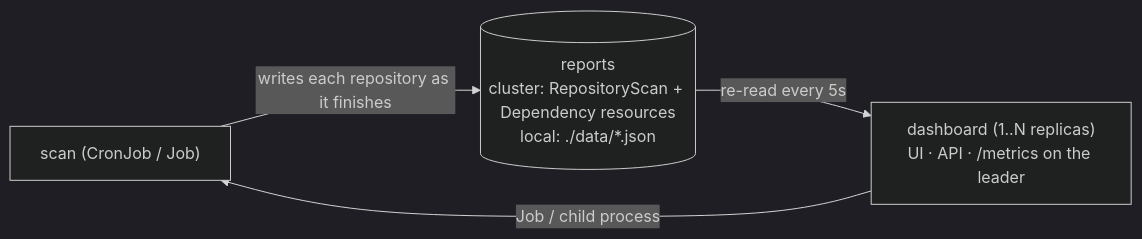
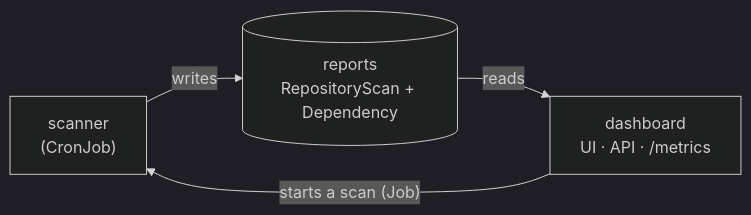
One commit to yuriy-kovalchuk/yk-update-checker changed the diagram in README.md. Above: the diagram before and after it, drawn with Mermaid (dark theme). The commit also changed other lines of this file and 29 other files, not shown here.

Commit message:
feat: generate CRDs from Go types and install via chart

````diff
--- a/README.md
+++ b/README.md
@@ -45,6 +9,6 @@
 ```mermaid
 flowchart LR
-    scan["scan (CronJob / Job)"] -->|"writes each repository as it finishes"| store[("reports<br/>cluster: RepositoryScan + Dependency resources<br/>local: ./data/*.json")]
-    store -->|"re-read every 5s"| dash["dashboard (1..N replicas)<br/>UI · API · /metrics on the leader"]
-    dash -->|"Job / child process"| scan
+    scan["scanner<br/>(CronJob)"] -->|writes| reports[("reports<br/>RepositoryScan + Dependency")]
+    reports -->|reads| dash["dashboard<br/>UI · API · /metrics"]
+    dash -->|"starts a scan (Job)"| scan
 ```
````
